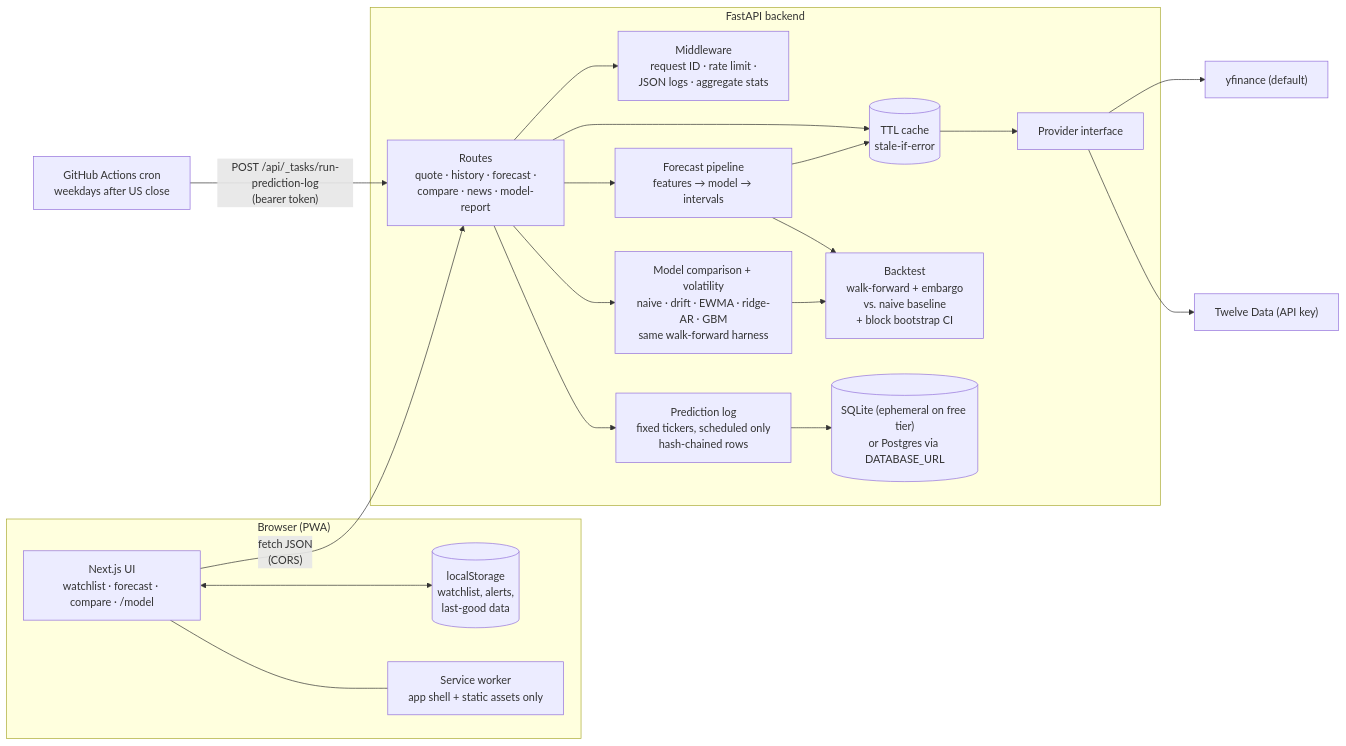
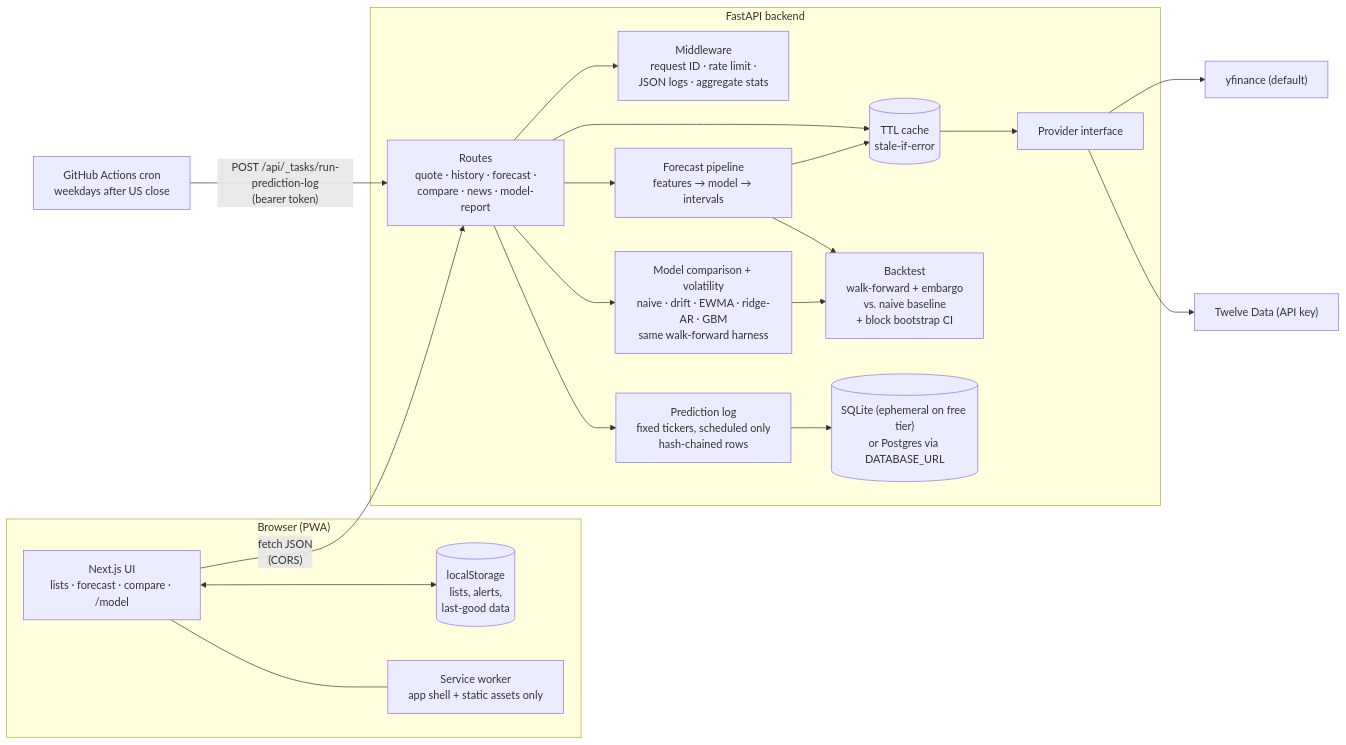
The first of 2 diagrams in docs/ARCHITECTURE.md (RetnuhFeel/Stock-Predictor), drawn with Mermaid before and after one commit. The commit also changed other lines of this file and 29 other files, not shown here.

````diff
--- a/docs/ARCHITECTURE.md
+++ b/docs/ARCHITECTURE.md
@@ -7,39 +7,39 @@
 ```mermaid
 flowchart LR
     subgraph Browser["Browser (PWA)"]
-        UI["Next.js UI<br/>watchlist · forecast · compare · /model"]
-        LS[("localStorage<br/>watchlist, alerts,<br/>last-good data")]
+        UI["Next.js UI<br/>lists · forecast · compare · /model"]
+        LS[("localStorage<br/>lists, alerts,<br/>last-good data")]
         SW["Service worker<br/>app shell + static assets only"]
         UI <--> LS
         UI --- SW
     end
 
     UI -- "fetch JSON<br/>(CORS)" --> API
 
     subgraph Backend["FastAPI backend"]
         API["Routes<br/>quote · history · forecast ·<br/>compare · news · model-report"]
         MW["Middleware<br/>request ID · rate limit ·<br/>JSON logs · aggregate stats"]
         CACHE[("TTL cache<br/>stale-if-error")]
         PROV["Provider interface"]
         FC["Forecast pipeline<br/>features → model → intervals"]
         BT["Backtest<br/>walk-forward + embargo<br/>vs. naive baseline<br/>+ block bootstrap CI"]
         MOD["Model comparison + volatility<br/>naive · drift · EWMA · ridge-AR · GBM<br/>same walk-forward harness"]
         LOG["Prediction log<br/>fixed tickers, scheduled only<br/>hash-chained rows"]
         DB[("SQLite (ephemeral on free tier)<br/>or Postgres via DATABASE_URL")]
         API --> MW
         API --> CACHE
         CACHE --> PROV
         API --> FC
         FC --> BT
         FC --> CACHE
         API --> MOD
         MOD --> BT
         API --> LOG
         LOG --> DB
     end
 
     GHA["GitHub Actions cron<br/>weekdays after US close"] -- "POST /api/_tasks/run-prediction-log<br/>(bearer token)" --> API
 
     PROV --> YF["yfinance (default)"]
     PROV --> TD["Twelve Data (API key)"]
 ```
````
